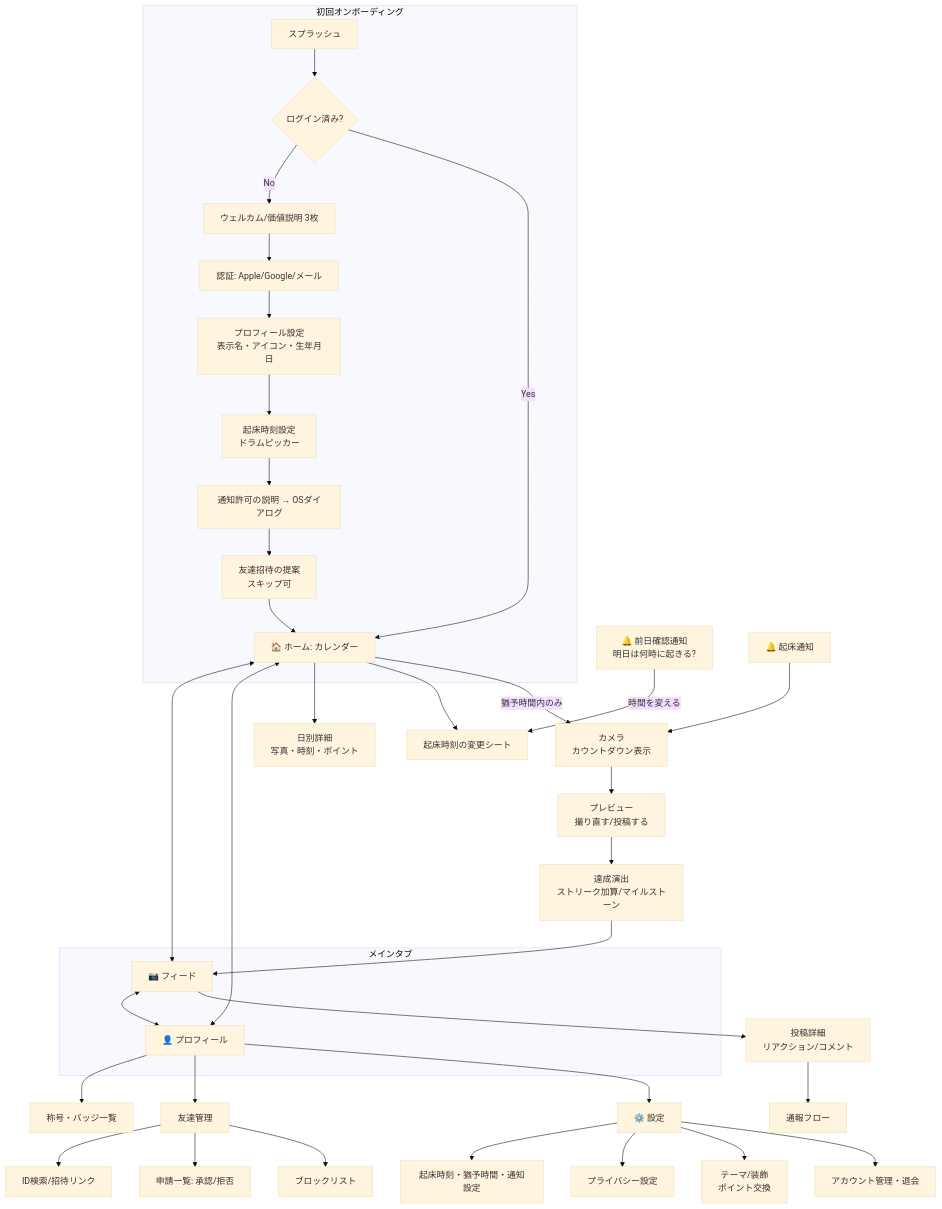
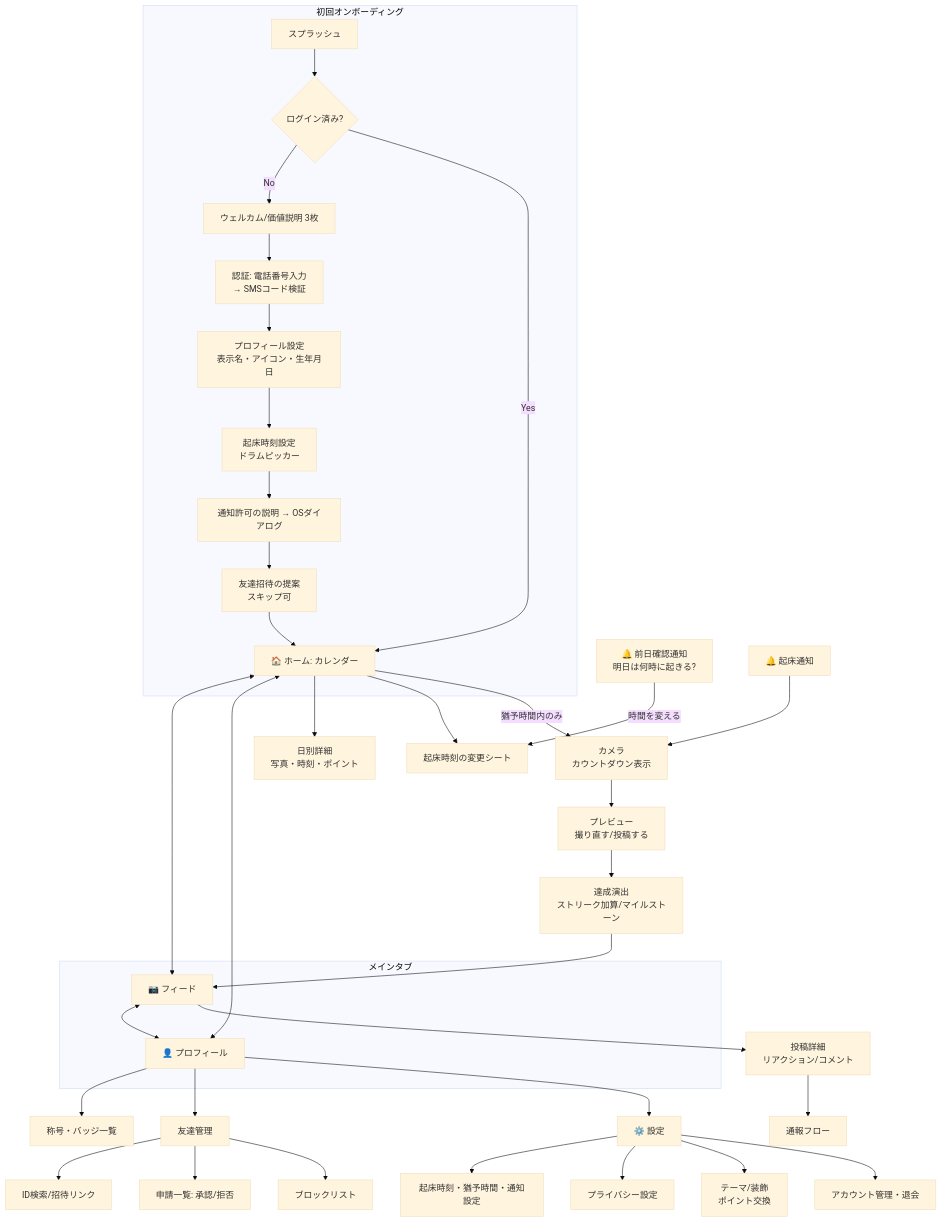
One commit to yuki08230202-cloud/YukiW changed the first of 4 diagrams in docs/wakeup-product-design.md. Above: the diagram before and after it, drawn with Mermaid (base theme). The commit also changed other lines of this file, not shown here.

````diff
--- a/docs/wakeup-product-design.md
+++ b/docs/wakeup-product-design.md
@@ -273,46 +277,46 @@
 ```mermaid
 flowchart TD
     subgraph Onboarding["初回オンボーディング"]
         A[スプラッシュ] --> B{ログイン済み?}
         B -- No --> C[ウェルカム/価値説明 3枚]
-        C --> D[認証: Apple/Google/メール]
+        C --> D[認証: 電話番号入力<br/>→ SMSコード検証]
         D --> E[プロフィール設定<br/>表示名・アイコン・生年月日]
         E --> F[起床時刻設定<br/>ドラムピッカー]
         F --> G[通知許可の説明 → OSダイアログ]
         G --> H[友達招待の提案<br/>スキップ可]
         H --> HOME
     end
 
     B -- Yes --> HOME[🏠 ホーム: カレンダー]
 
     subgraph Main["メインタブ"]
         HOME <--> FEED[📷 フィード]
         HOME <--> PROF[👤 プロフィール]
         FEED <--> PROF
     end
 
     HOME --> DAY[日別詳細<br/>写真・時刻・ポイント]
     HOME --> WAKESET[起床時刻の変更シート]
 
     N1[🔔 前日確認通知<br/>明日は何時に起きる?] -- 時間を変える --> WAKESET
     N2[🔔 起床通知] --> CAM[カメラ<br/>カウントダウン表示]
     HOME -- 猶予時間内のみ --> CAM
     CAM --> PREV[プレビュー<br/>撮り直す/投稿する]
     PREV --> CELEB[達成演出<br/>ストリーク加算/マイルストーン]
     CELEB --> FEED
 
     FEED --> POST[投稿詳細<br/>リアクション/コメント]
     POST --> REPORT[通報フロー]
 
     PROF --> BADGE[称号・バッジ一覧]
     PROF --> FRIENDS[友達管理]
     FRIENDS --> SEARCH[ID検索/招待リンク]
     FRIENDS --> REQ[申請一覧: 承認/拒否]
     FRIENDS --> BLOCK[ブロックリスト]
 
     PROF --> SET[⚙️ 設定]
     SET --> SET1[起床時刻・猶予時間・通知設定]
     SET --> SET2[プライバシー設定]
     SET --> SET3[テーマ/装飾<br/>ポイント交換]
     SET --> SET4[アカウント管理・退会]
 ```
````
